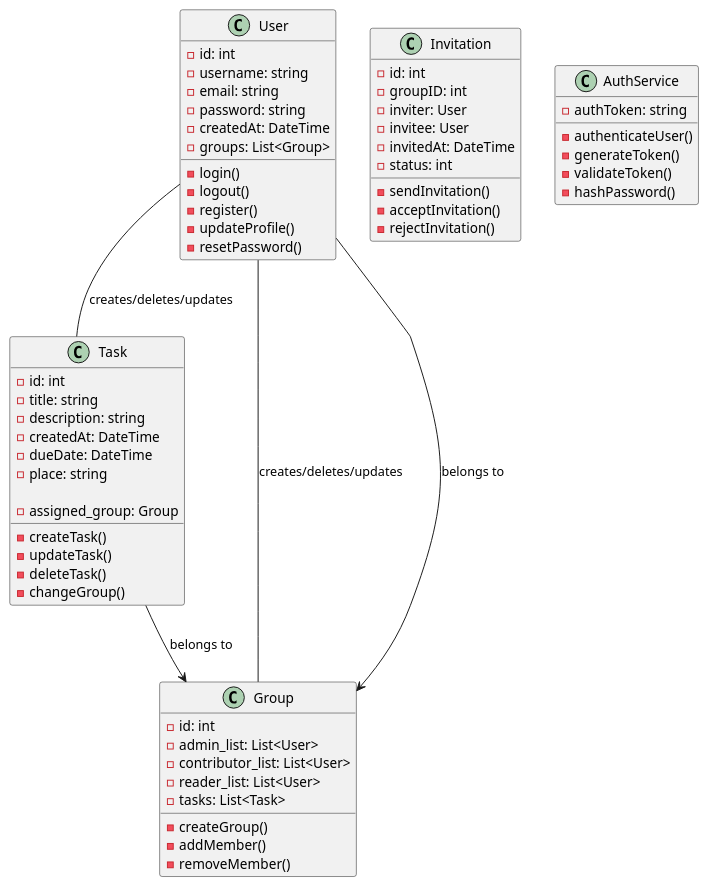
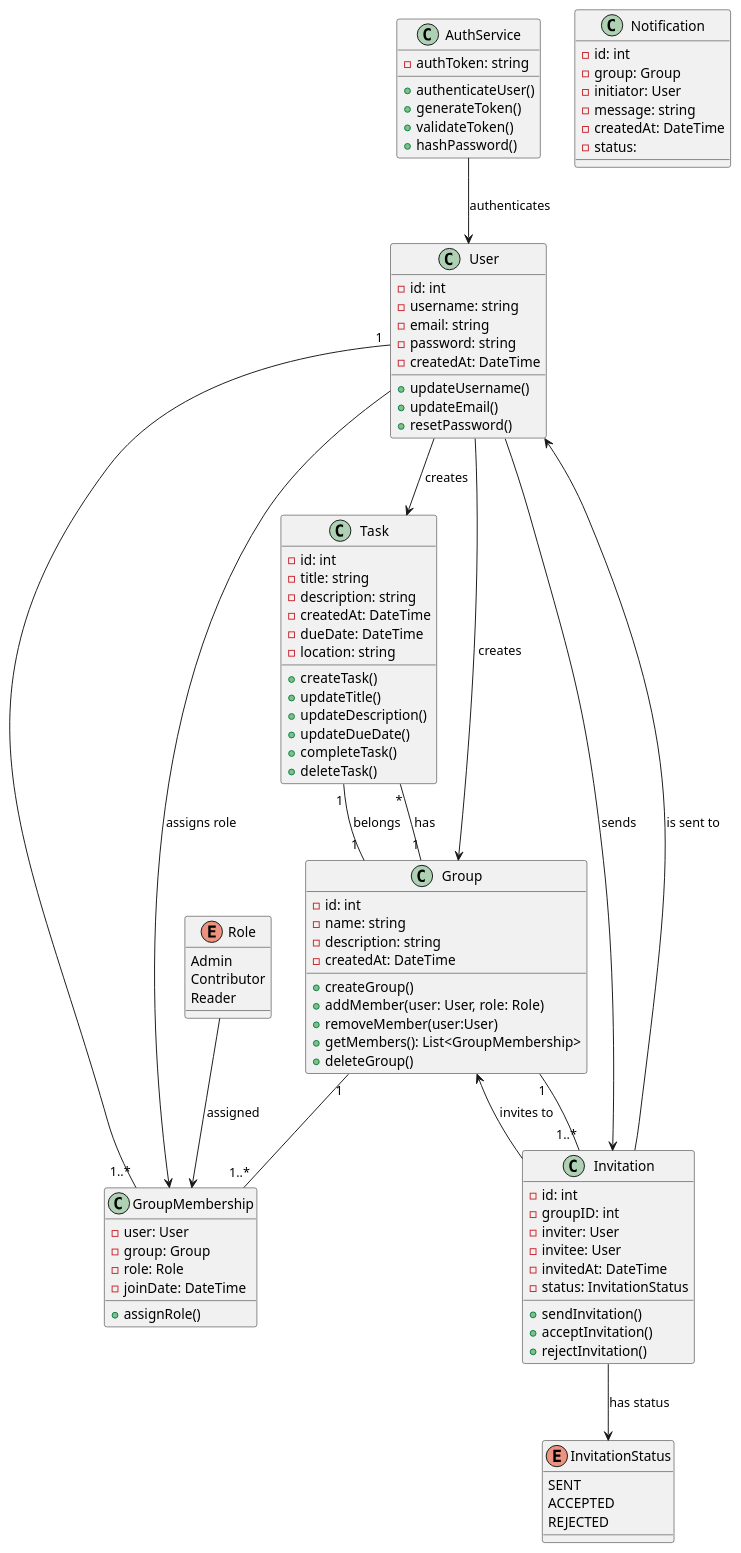
Before and after one commit to OmerEgeOzyaba/CSCI3100-project: the diagram in documentation/Design_Implementation/backend_class_uml.puml, drawn with PlantUML.

Commit message:
Most classes/relationships in backend class uml diagram defined

```diff
--- a/documentation/Design_Implementation/backend_class_uml.puml
+++ b/documentation/Design_Implementation/backend_class_uml.puml
@@ -1,96 +1,138 @@
 @startuml
-
-	'Brainstorming:
-	'--------------
-
-	'Main classes that are needed:
-	'- User
-		'- username
-		'- password
-		'- groups
-	'- Task
-		'- description
-		'- date
-		'- place
-	'- Group
-		'- admin list
-		'- contributor list
-		'- reader list
-		'- tasks
-	'- Invitation
-		'- from: user
-		'- to: user
-		'- status (accepted, denied, pending)
-	'- AuthService
 
 class User {
 	- id: int
 	- username: string
 	- email: string
 	- password: string
 	- createdAt: DateTime
-	- groups: List<Group>
-	- login()
-	- logout()
-	- register()
-	- updateProfile()
-	- resetPassword()
-	
+'-------------------------------
+	+ updateUsername()
+	+ updateEmail()
+	+ resetPassword()
 }
+
+'class UserService {
+	'+ updateUsername()
+	'+ updateEmail()
+	'+ resetPassword()
+'}
 
 class Task {
 	- id: int
 	- title: string
 	- description: string
 	- createdAt: DateTime
 	- dueDate: DateTime
-	- place: string
+	- location: string
+'--------------------------------
+	+ createTask()
+	+ updateTitle()
+	+ updateDescription()
+	+ updateDueDate()
+	+ completeTask()
+	+ deleteTask()
+}
 
-	'NOTE: okay for one to one assignment of task and group
-	'need to change otherwise, but changing would increase
-	'flexibility
-	- assigned_group: Group
-
-	- createTask()
-	- updateTask()
-	- deleteTask()
-	- changeGroup()
-}
+'class TaskService {
+	'+ createTask()
+	'+ updateTask()
+	'+ removeTask()
+'}
 
 class Group {
 	- id: int
-	- admin_list: List<User>
-	- contributor_list: List<User>
-	- reader_list: List<User>
-	- tasks: List<Task>
-	- createGroup()
-	- addMember()
-	- removeMember()
+	- name: string
+	- description: string
+	- createdAt: DateTime
+'---------------------------------
+	+ createGroup()
+	+ addMember(user: User, role: Role)
+	' addMember would call assignRole of the GroupMembership class
+	+ removeMember(user:User)
+	+ getMembers(): List<GroupMembership>
+	+ deleteGroup()
+}
+
+'class GroupService {
+	'+ createGroup()
+	'+ addMember(user: User, role: Role)
+	'+ removeMember()
+	'+ deleteGroup()
+'}
+
+class GroupMembership {
+	- user: User
+	- group: Group
+	- role: Role
+	- joinDate: DateTime
+'---------------------------------
+	+ assignRole()
 }
 
 class Invitation {
 	- id: int
 	- groupID: int
 	- inviter: User
 	- invitee: User
 	- invitedAt: DateTime
-	- status: int
-	- sendInvitation()
-	- acceptInvitation()
-	- rejectInvitation()
+	- status: InvitationStatus
+'---------------------------------
+	+ sendInvitation()
+	+ acceptInvitation()
+	+ rejectInvitation()
 }
 
 class AuthService {
 	- authToken: string
-	- authenticateUser()
-	- generateToken()
-	- validateToken()
-	- hashPassword()
+'---------------------------------
+	+ authenticateUser()
+	+ generateToken()
+	+ validateToken()
+	+ hashPassword()
 }
 
-User -- Group : "creates/deletes/updates"
-User --> Group: "belongs to"
-User -- Task : "creates/deletes/updates"
-Task --> Group: "belongs to"
+' Adding the Notification class requires us to edit the SRS document
+class Notification {
+	- id: int
+	- group: Group
+	- initiator: User
+	- message: string
+	- createdAt: DateTime
+	- status: 
+'---------------------------------
+	
+}
+
+enum Role {
+        Admin
+        Contributor
+        Reader
+}
+
+enum InvitationStatus {
+        SENT
+        ACCEPTED
+        REJECTED
+}
+
+User "1" -- "1..*" GroupMembership
+Group "1" -- "1..*" GroupMembership
+Role -->  GroupMembership: assigned 
+User --> GroupMembership: assigns role
+
+User --> Invitation : sends 
+Invitation --> User : is sent to 
+Invitation --> Group : invites to
+Group "1" -- "1..*" Invitation
+
+Group "1" -- "*" Task : has
+Task "1" -- "1" Group: belongs
+User --> Task : creates 
+
+User --> Group : creates
+
+Invitation --> InvitationStatus: has status
+AuthService --> User: authenticates
 
 @enduml
```
